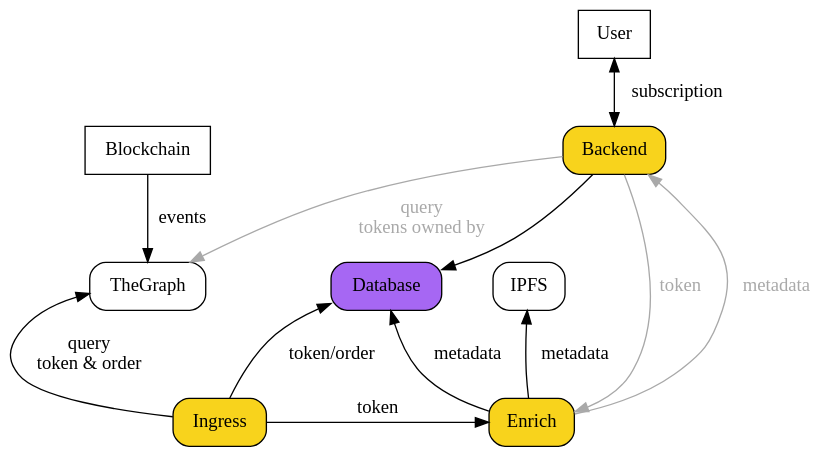
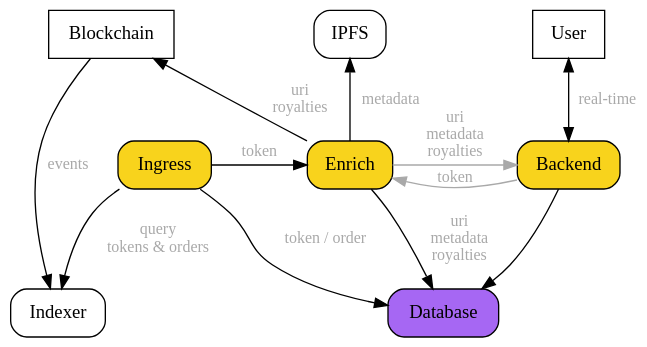
One commit to lemonadesocial/lemonade-metaverse changed the diagram in docs/graph.dot. Above: the diagram before and after it, drawn with Graphviz. The commit also changed 2 other files, not shown here.

Commit message:
docs: update graph and README.md

```diff
--- a/docs/graph.dot
+++ b/docs/graph.dot
@@ -1,28 +1,28 @@
 digraph G {
   bgcolor=transparent;
+  edge [fontcolor=darkgray,fontsize=12];
   node [fillcolor=white,shape=box,style="filled,rounded"];
   nodesep=0.5;
 
   Backend [fillcolor="#F8D31C",style="filled,rounded"];
   Blockchain [fillcolor=white,style="filled,solid"];
   Database [fillcolor="#a667f3",style="filled,rounded"];
   Enrich [fillcolor="#F8D31C",style="filled,rounded"];
   Ingress [fillcolor="#F8D31C",style="filled,rounded"];
   User [fillcolor=white,style="filled,solid"];
 
   Backend -> Database;
-  Backend -> Enrich [color=darkgray,fontcolor=darkgray,label=" token"];
-  Backend -> TheGraph [color=darkgray,fontcolor=darkgray,label="query\ntokens owned by"];
-  Blockchain -> TheGraph [label=" events"];
-  Enrich -> Backend [color=darkgray,fontcolor=darkgray,label=" metadata"];
-  Enrich -> Database [label="metadata"];
+  Backend -> Enrich [color=darkgray,fontcolor=darkgray,label="token"];
+  Blockchain -> Indexer [label="events"];
+  Enrich -> Backend [color=darkgray,fontcolor=darkgray,label="uri\nmetadata\nroyalties"];
+  Enrich -> Database [label="uri\nmetadata\nroyalties"];
   Enrich -> IPFS [label=" metadata"];
-  Ingress -> Database [label="token/order"];
+  Enrich -> Blockchain [label=" uri\n royalties"];
+  Ingress -> Database [label="token / order"];
   Ingress -> Enrich [label="token"]
-  Ingress -> TheGraph [label=" query\n token & order"];
-  User -> Backend [dir=both,label=" subscription"];
+  Ingress -> Indexer [label="query\ntokens & orders"];
+  User -> Backend [dir=both,label=" real-time"];
 
-  { rank=same; Blockchain; Backend; }
-  { rank=same; Database; TheGraph; }
-  { rank=max; Enrich; Ingress; }
+  { rank=min; Blockchain; IPFS; User; }
+  { rank=same; Backend; Enrich; Ingress; }
 }
```
